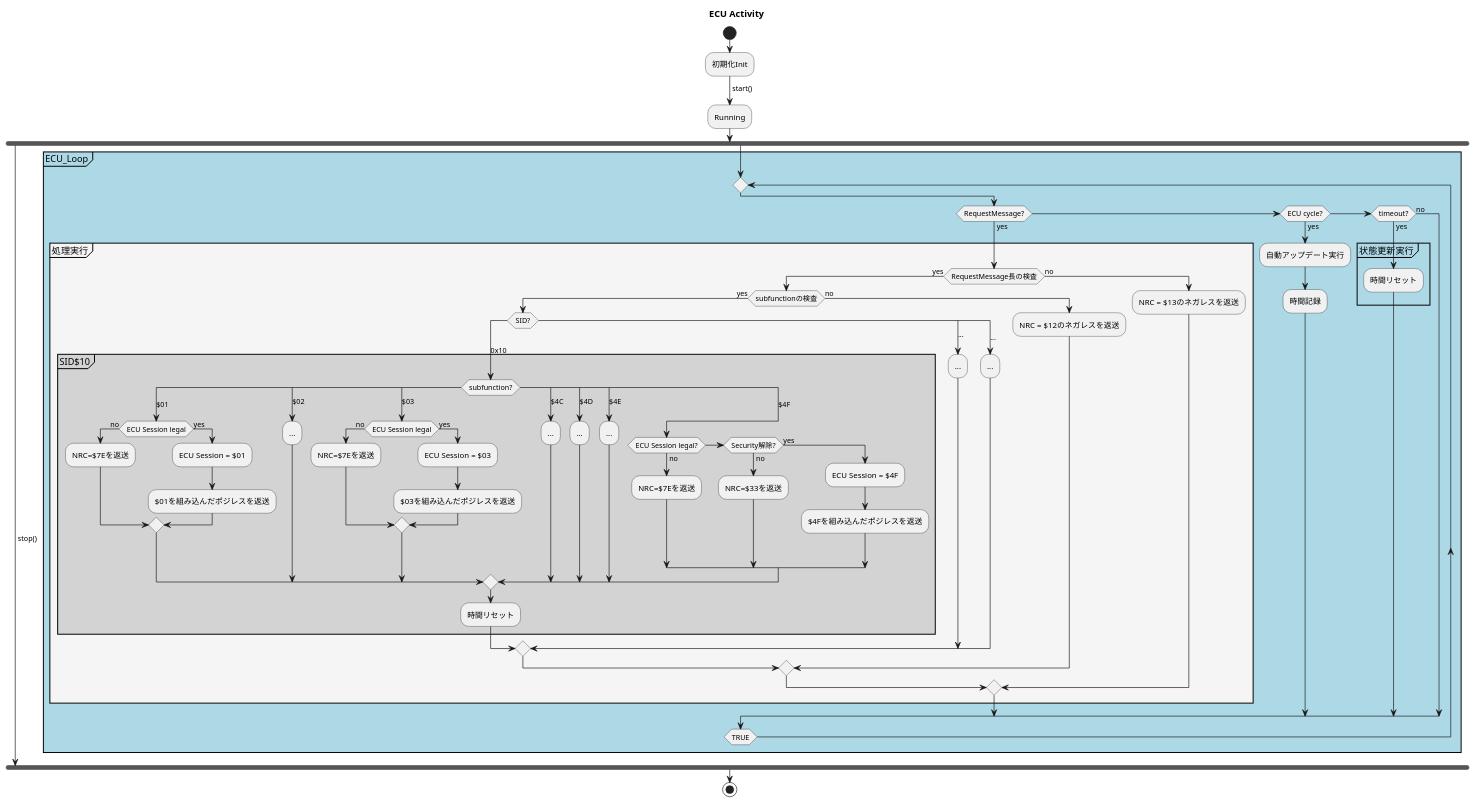
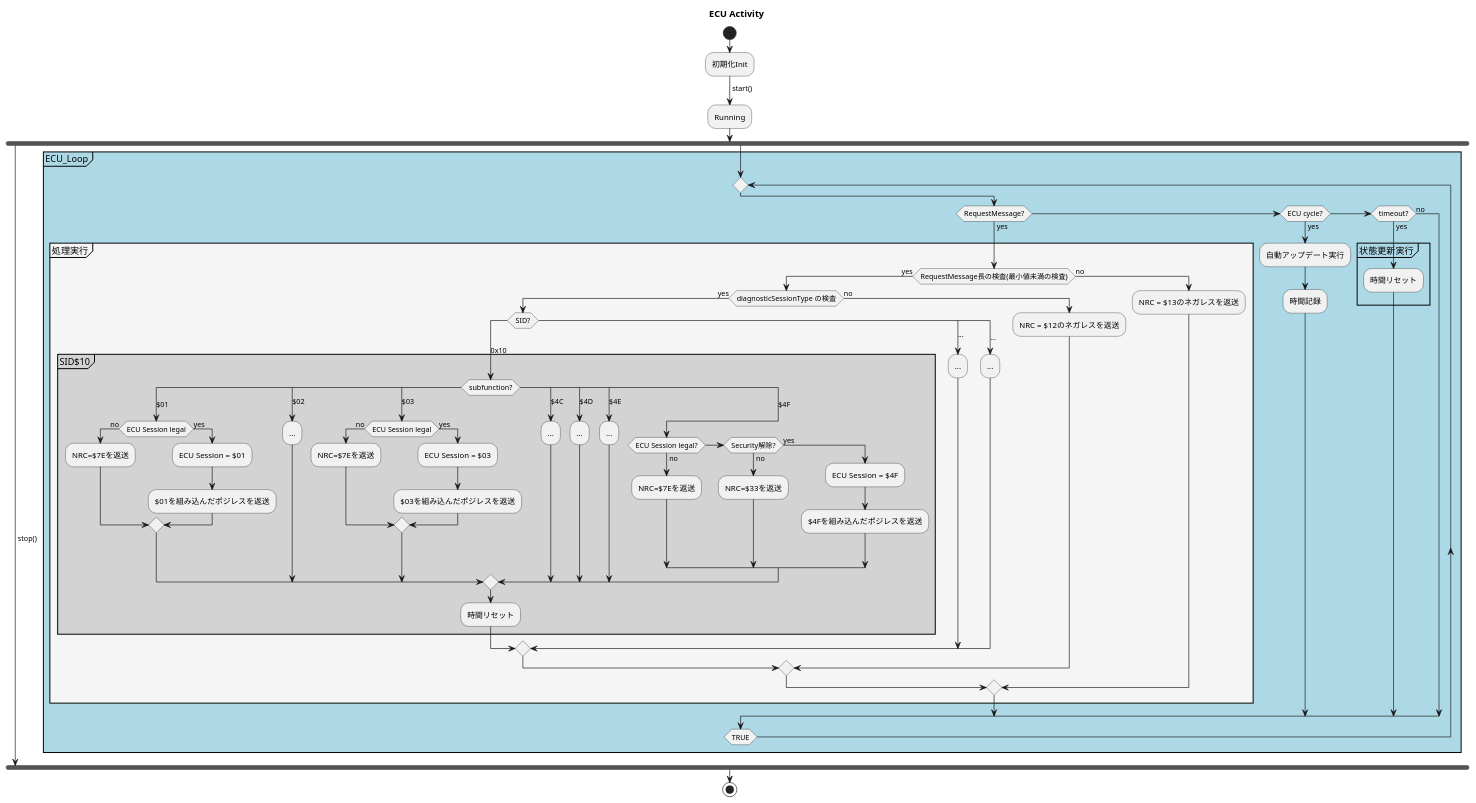
The diagram in ECU structure .puml (JiaxiaoH/ecu-simulator), drawn with PlantUML before and after one commit. The commit also changed 7 other files, not shown here.

```diff
--- a/ECU structure .puml
+++ b/ECU structure .puml
@@ -1,92 +1,92 @@
 @startuml ECU_Activity
 title ECU Activity
 
 start
 :初期化Init; 
 ->start();
 :Running;
 fork  
     ->stop();
 fork again
     partition ECU_Loop #LightBlue{
     repeat
     if (RequestMessage?) then (yes)
 
       partition 処理実行 #WhiteSmoke{
 
-        if (RequestMessage長の検査) then (yes) 
-            if (subfunctionの検査) then (yes)
+        if (RequestMessage長の検査(最小値未満の検査)) then (yes) 
+            if (diagnosticSessionType の検査) then (yes)
                 switch (SID?)
                     case(0x10)
                         partition SID$10 #LightGray{
                             switch(subfunction?)
                                 case($01)
                                     if(ECU Session legal) then (no)
                                         :NRC=$7Eを返送;
                                     else(yes)
                                         :ECU Session = $01;
                                         :$01を組み込んだポジレスを返送;
                                     endif 
                                 case($02)
                                     :...;
                                 case($03)
                                     if(ECU Session legal) then (no)
                                         :NRC=$7Eを返送;
                                     else(yes)
                                         :ECU Session = $03;
                                         :$03を組み込んだポジレスを返送;
                                     endif 
                                 case($4C)
                                     :...;
                                 case($4D)
                                     :...;
                                 case($4E)
                                     :...;
                                 case($4F)
                                     if(ECU Session legal?) then (no)
                                         :NRC=$7Eを返送;
                                     elseif(Security解除?) then (no)
                                         :NRC=$33を返送;
                                     else(yes)
                                         :ECU Session = $4F;
                                         :$4Fを組み込んだポジレスを返送;
                                     endif 
                             endswitch
                             :時間リセット;
                         }
                     case(...)
                         :...;
                     case(...)
                         :...;
                 endswitch
             else(no)
                 :NRC = $12のネガレスを返送;
             endif
         else (no)
             :NRC = $13のネガレスを返送;
         endif
       }
 
     elseif (ECU cycle?) then (yes)
 
       :自動アップデート実行;
 
       :時間記録;
 
     elseif (timeout?) then (yes)
 
       partition 状態更新実行{
 
         :時間リセット;
 
       }
 
     else (no)
 
     endif
     repeat while(TRUE)
     }
     kill
 end fork
 stop
 @enduml
```
